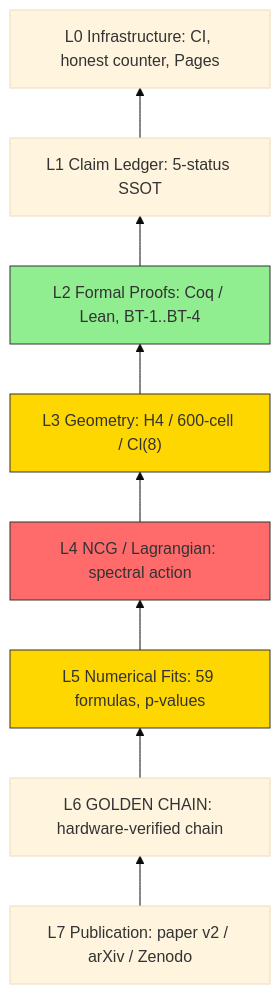
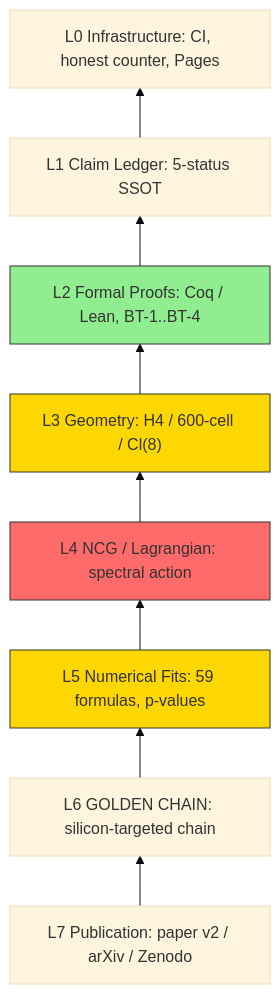
Before and after one commit to gHashTag/trinity-s3ai: the diagram in README.md, drawn with Mermaid (base theme). The commit also changed other lines of this file and 1 other file, not shown here.

First line of the commit message:
docs: Honest README hardware claims sweep + regenerate from claims.yaml

````diff
--- a/README.md
+++ b/README.md
@@ -68,16 +68,16 @@
 ```mermaid
 flowchart BT
     L7["L7 Publication: paper v2 / arXiv / Zenodo"] --> L6
-    L6["L6 GOLDEN CHAIN: hardware-verified chain"] --> L5
+    L6["L6 GOLDEN CHAIN: silicon-targeted chain"] --> L5
     L5["L5 Numerical Fits: 59 formulas, p-values"] --> L4
     L4["L4 NCG / Lagrangian: spectral action"] --> L3
     L3["L3 Geometry: H4 / 600-cell / Cl(8)"] --> L2
     L2["L2 Formal Proofs: Coq / Lean, BT-1..BT-4"] --> L1
     L1["L1 Claim Ledger: 5-status SSOT"] --> L0
     L0["L0 Infrastructure: CI, honest counter, Pages"]
 
     style L2 fill:#90EE90,stroke:#333
     style L5 fill:#FFD700,stroke:#333
     style L4 fill:#FF6B6B,stroke:#333
     style L3 fill:#FFD700,stroke:#333
 ```
````
